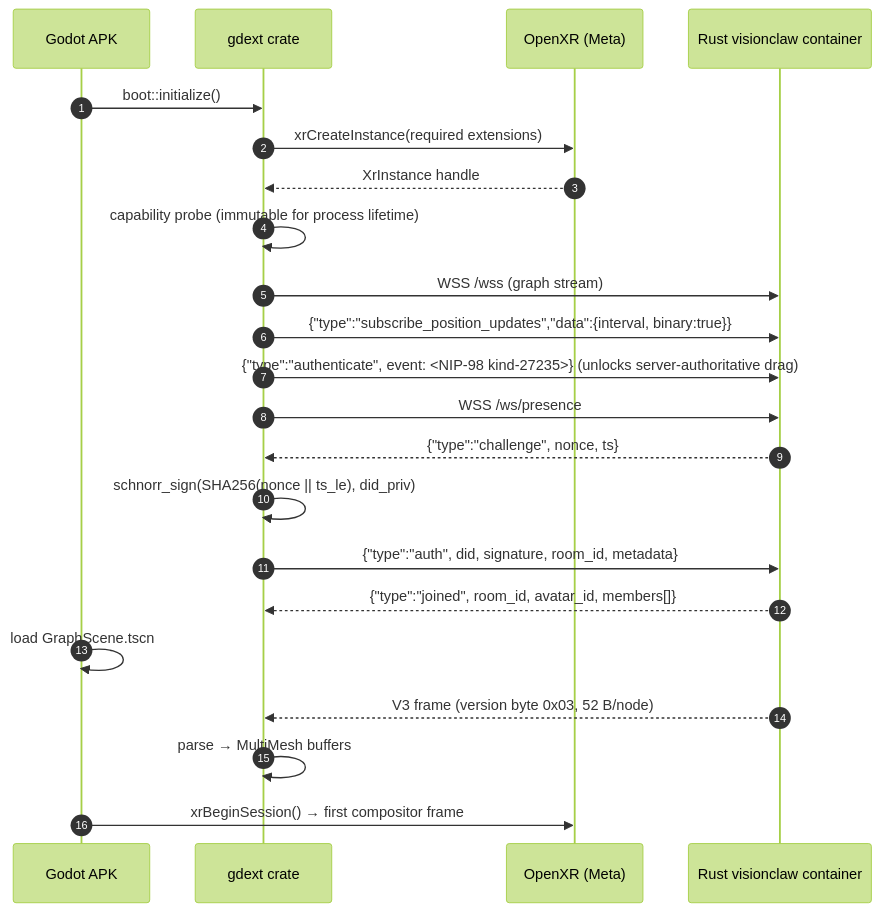
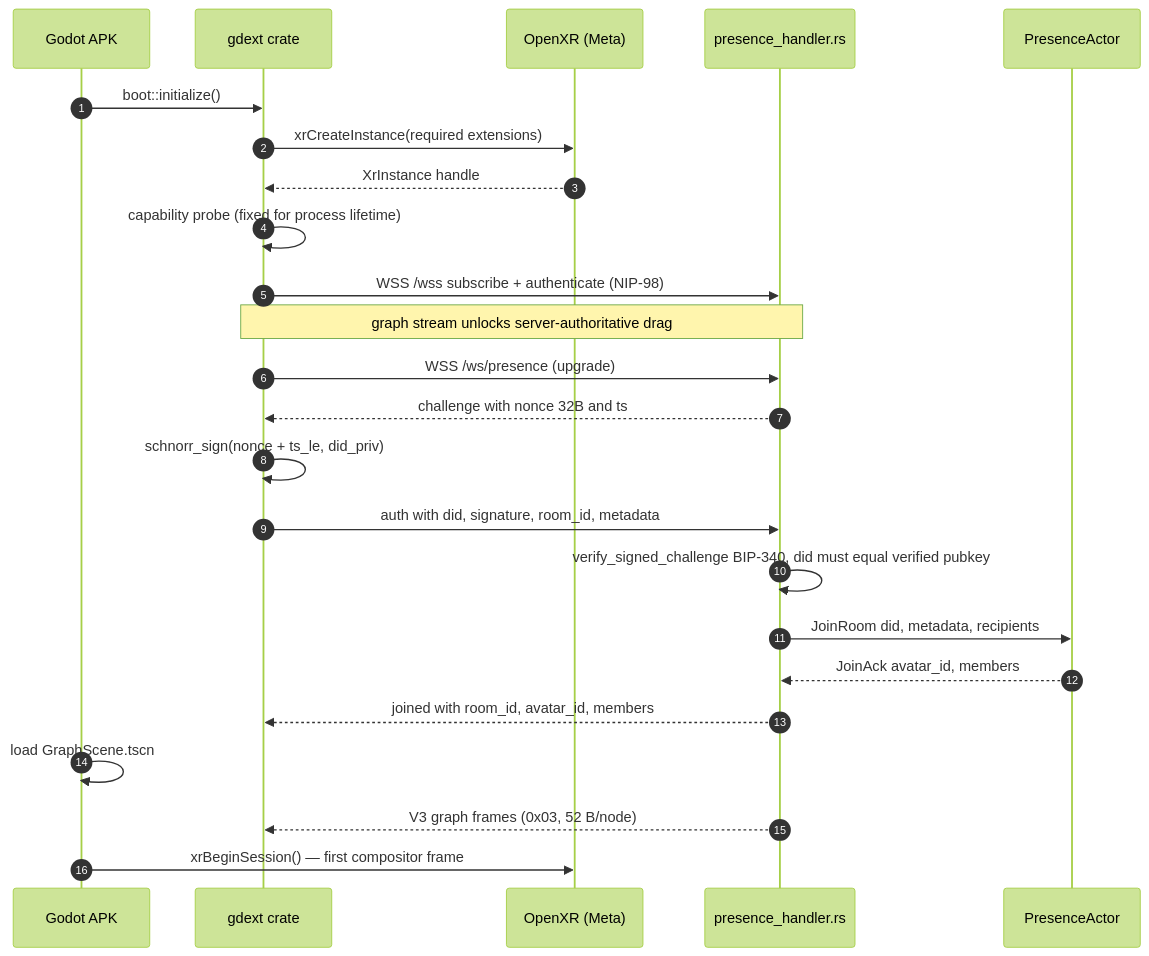
One commit to DreamLab-AI/AR-AI-Knowledge-Graph changed the second of 3 diagrams in docs/explanation/xr-architecture.md. Above: the diagram before and after it, drawn with Mermaid (forest theme). The commit also changed other lines of this file and 455 other files, not shown here.

````diff
--- a/docs/explanation/xr-architecture.md
+++ b/docs/explanation/xr-architecture.md
@@ -188,28 +184,30 @@
 ```mermaid
 sequenceDiagram
     autonumber
     participant APK as Godot APK
     participant GDExt as gdext crate
     participant XR as OpenXR (Meta)
-    participant Server as Rust visionclaw container
+    participant Pres as presence_handler.rs
+    participant Room as PresenceActor
 
     APK->>GDExt: boot::initialize()
     GDExt->>XR: xrCreateInstance(required extensions)
     XR-->>GDExt: XrInstance handle
-    GDExt->>GDExt: capability probe (immutable for process lifetime)
+    GDExt->>GDExt: capability probe (fixed for process lifetime)
 
-    GDExt->>Server: WSS /wss (graph stream)
-    GDExt->>Server: {"type":"subscribe_position_updates","data":{interval, binary:true}}
-    GDExt->>Server: {"type":"authenticate", event: <NIP-98 kind-27235>} (unlocks server-authoritative drag)
+    GDExt->>Pres: WSS /wss subscribe + authenticate (NIP-98)
+    Note over GDExt,Pres: graph stream unlocks server-authoritative drag
 
-    GDExt->>Server: WSS /ws/presence
-    Server-->>GDExt: {"type":"challenge", nonce, ts}
-    GDExt->>GDExt: schnorr_sign(SHA256(nonce || ts_le), did_priv)
-    GDExt->>Server: {"type":"auth", did, signature, room_id, metadata}
-    Server-->>GDExt: {"type":"joined", room_id, avatar_id, members[]}
+    GDExt->>Pres: WSS /ws/presence (upgrade)
+    Pres-->>GDExt: challenge with nonce 32B and ts
+    GDExt->>GDExt: schnorr_sign(nonce + ts_le, did_priv)
+    GDExt->>Pres: auth with did, signature, room_id, metadata
+    Pres->>Pres: verify_signed_challenge BIP-340, did must equal verified pubkey
+    Pres->>Room: JoinRoom did, metadata, recipients
+    Room-->>Pres: JoinAck avatar_id, members
+    Pres-->>GDExt: joined with room_id, avatar_id, members
 
     APK->>APK: load GraphScene.tscn
-    Server-->>GDExt: V3 frame (version byte 0x03, 52 B/node)
-    GDExt->>GDExt: parse → MultiMesh buffers
-    APK->>XR: xrBeginSession() → first compositor frame
+    Pres-->>GDExt: V3 graph frames (0x03, 52 B/node)
+    APK->>XR: xrBeginSession() — first compositor frame
 ```
````
